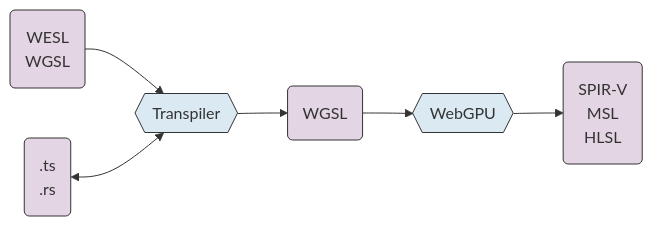
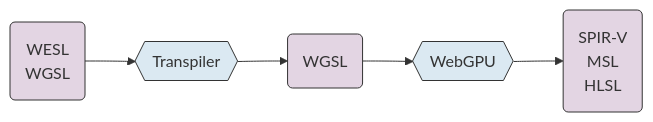
Before and after one commit to mighdoll/wesl-website: the first of 4 diagrams in presentations/symposium-2026-02-13/slides.md, drawn with Mermaid. The commit also changed other lines of this file and 2 other files, not shown here.

````diff
--- a/presentations/symposium-2026-02-13/slides.md
+++ b/presentations/symposium-2026-02-13/slides.md
@@ -333,15 +333,14 @@
 ```mermaid
 flowchart LR
 
   W(WESL<br>WGSL):::data --> T
-  H(.ts<br>.rs):::data <--> T
 
   T{{Transpiler}}:::transform
 
   T --> C(WGSL):::data
   --> D{{WebGPU}}:::transform
   --> E(SPIR-V<br>MSL<br>HLSL):::data
 
   classDef transform fill:#dbe9f2,stroke:#333;
   classDef data fill:#e3d5e3, stroke:#333;
 ```
````
